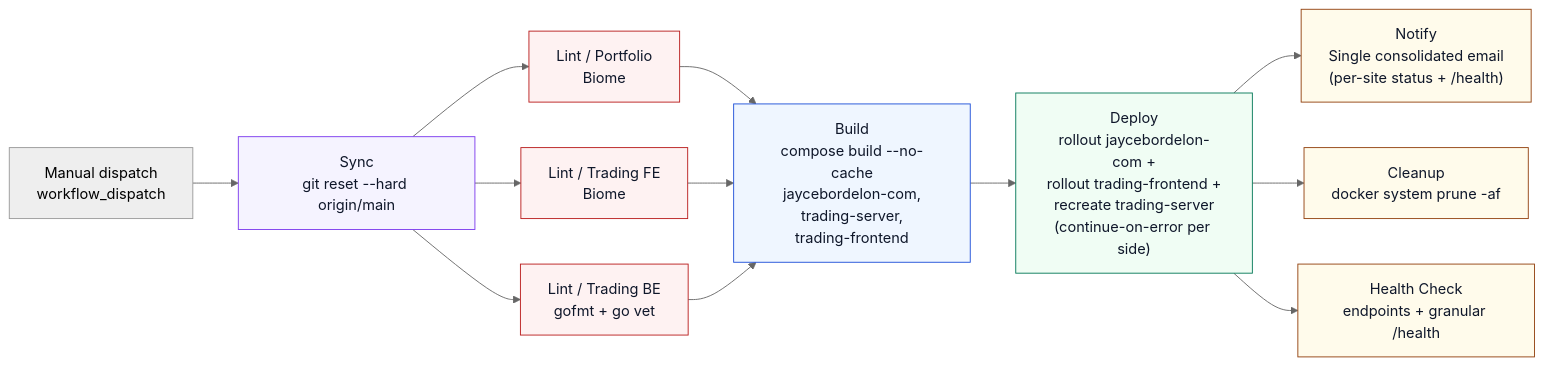
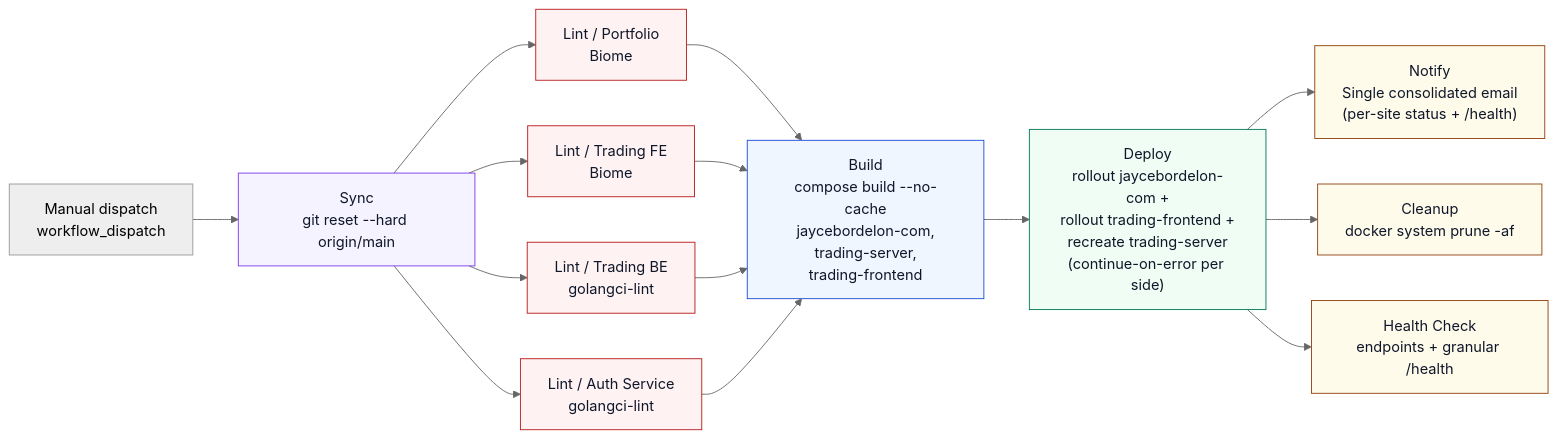
The third of 3 diagrams in README.md (JayceBordelon/jaycestuff), drawn with Mermaid (neutral theme) before and after one commit. The commit also changed other lines of this file and 4 other files, not shown here.

````diff
--- a/README.md
+++ b/README.md
@@ -182,40 +182,43 @@
 ```mermaid
 flowchart LR
     classDef sync fill:#f5f3ff,stroke:#7c3aed,color:#0f172a
     classDef lint fill:#fef2f2,stroke:#b91c1c,color:#0f172a
     classDef build fill:#eff6ff,stroke:#1d4ed8,color:#0f172a
     classDef deploy fill:#f0fdf4,stroke:#047857,color:#0f172a
     classDef post fill:#fffbeb,stroke:#92400e,color:#0f172a
 
     Push["Manual dispatch<br/>workflow_dispatch"]
 
     Sync["Sync<br/>git reset --hard origin/main"]:::sync
 
     LP["Lint / Portfolio<br/>Biome"]:::lint
     LTF["Lint / Trading FE<br/>Biome"]:::lint
-    LTS["Lint / Trading BE<br/>gofmt + go vet"]:::lint
+    LTS["Lint / Trading BE<br/>golangci-lint"]:::lint
+    LAS["Lint / Auth Service<br/>golangci-lint"]:::lint
 
     BUILD["Build<br/>compose build --no-cache<br/>jaycebordelon-com,<br/>trading-server,<br/>trading-frontend"]:::build
 
     DEPLOY["Deploy<br/>rollout jaycebordelon-com +<br/>rollout trading-frontend +<br/>recreate trading-server<br/>(continue-on-error per side)"]:::deploy
 
     NOTIFY["Notify<br/>Single consolidated email<br/>(per-site status + /health)"]:::post
     CL["Cleanup<br/>docker system prune -af"]:::post
     HC["Health Check<br/>endpoints + granular /health"]:::post
 
     Push --> Sync
 
     Sync --> LP
     Sync --> LTF
     Sync --> LTS
+    Sync --> LAS
 
     LP --> BUILD
     LTF --> BUILD
     LTS --> BUILD
+    LAS --> BUILD
 
     BUILD --> DEPLOY
 
     DEPLOY --> NOTIFY
     DEPLOY --> CL
     DEPLOY --> HC
 ```
````
